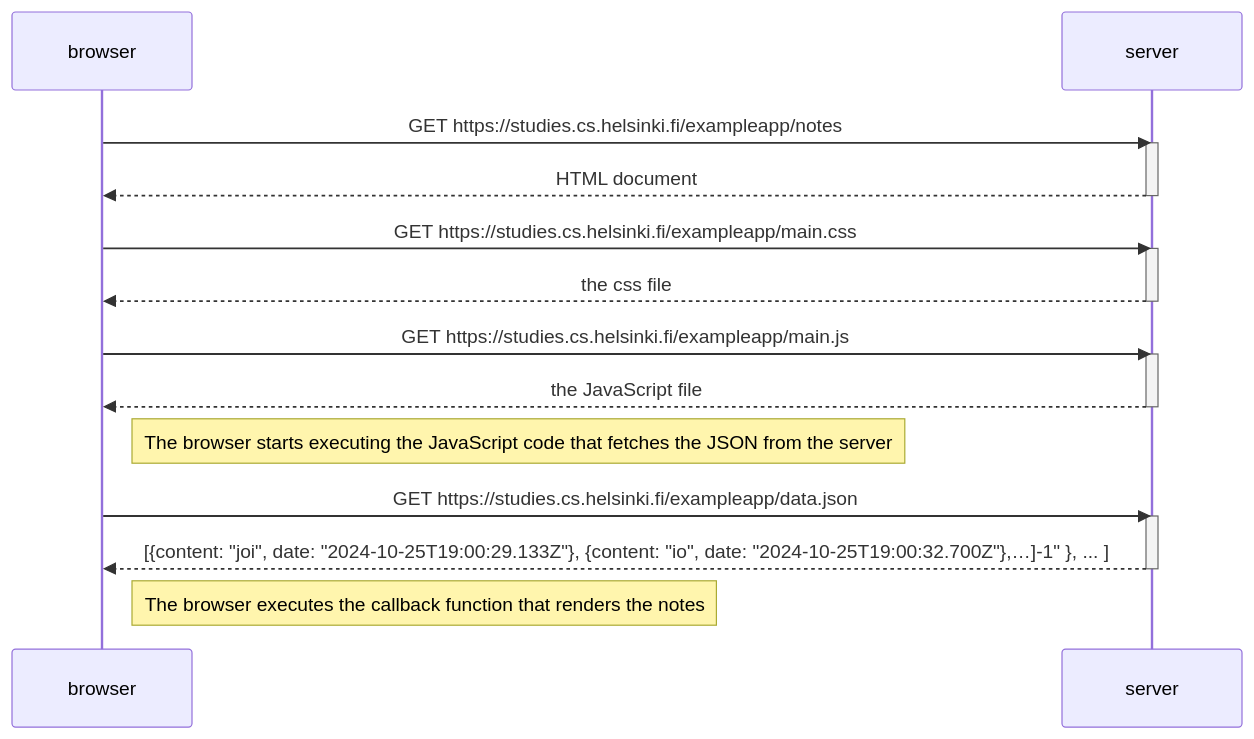
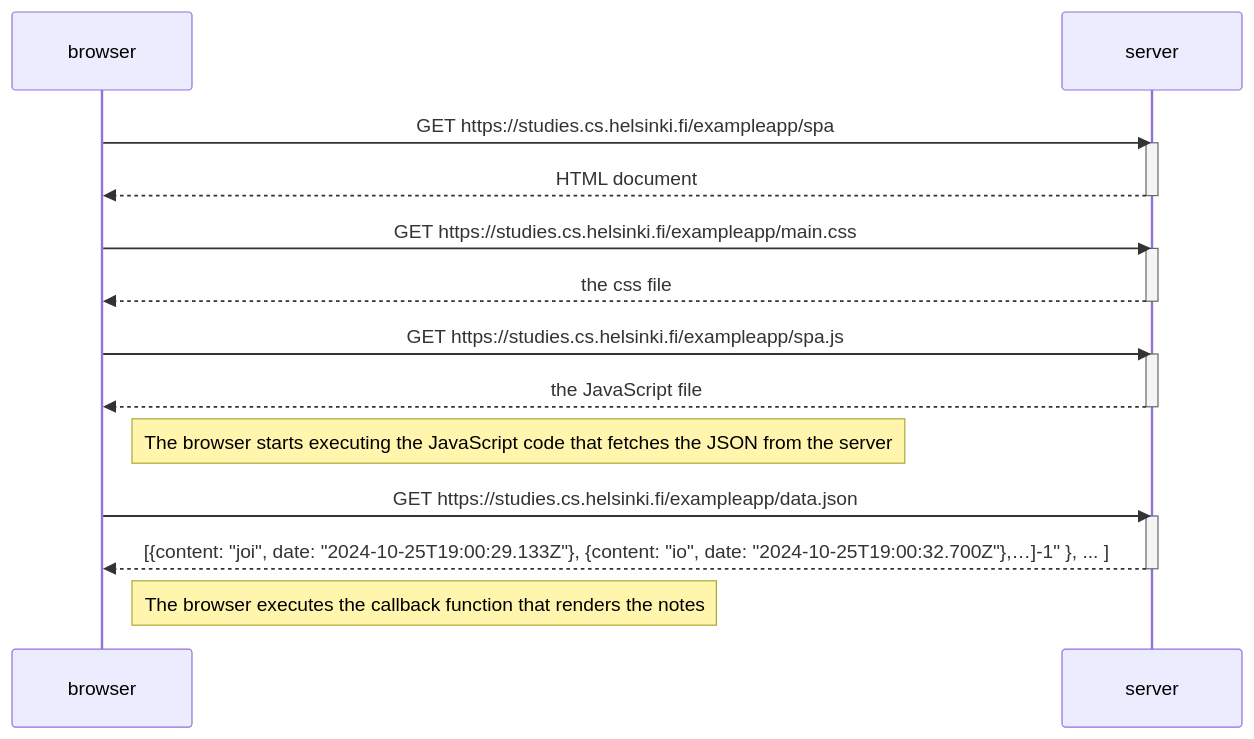
The diagram in part0/exercise-0.5.md (ninhja/full-stack-open), drawn with Mermaid before and after one commit.

````diff
--- a/part0/exercise-0.5.md
+++ b/part0/exercise-0.5.md
@@ -1,30 +1,30 @@
 ```mermaid
 
 sequenceDiagram
 participant browser
 participant server
 
-    browser->>server: GET https://studies.cs.helsinki.fi/exampleapp/notes
+    browser->>server: GET https://studies.cs.helsinki.fi/exampleapp/spa
     activate server
     server-->>browser: HTML document
     deactivate server
 
     browser->>server: GET https://studies.cs.helsinki.fi/exampleapp/main.css
     activate server
     server-->>browser: the css file
     deactivate server
 
-    browser->>server: GET https://studies.cs.helsinki.fi/exampleapp/main.js
+    browser->>server: GET https://studies.cs.helsinki.fi/exampleapp/spa.js
     activate server
     server-->>browser: the JavaScript file
     deactivate server
 
     Note right of browser: The browser starts executing the JavaScript code that fetches the JSON from the server
 
     browser->>server: GET https://studies.cs.helsinki.fi/exampleapp/data.json
     activate server
     server-->>browser: [{content: "joi", date: "2024-10-25T19:00:29.133Z"}, {content: "io", date: "2024-10-25T19:00:32.700Z"},…]-1" }, ... ]
     deactivate server
 
     Note right of browser: The browser executes the callback function that renders the notes
 ```
````
